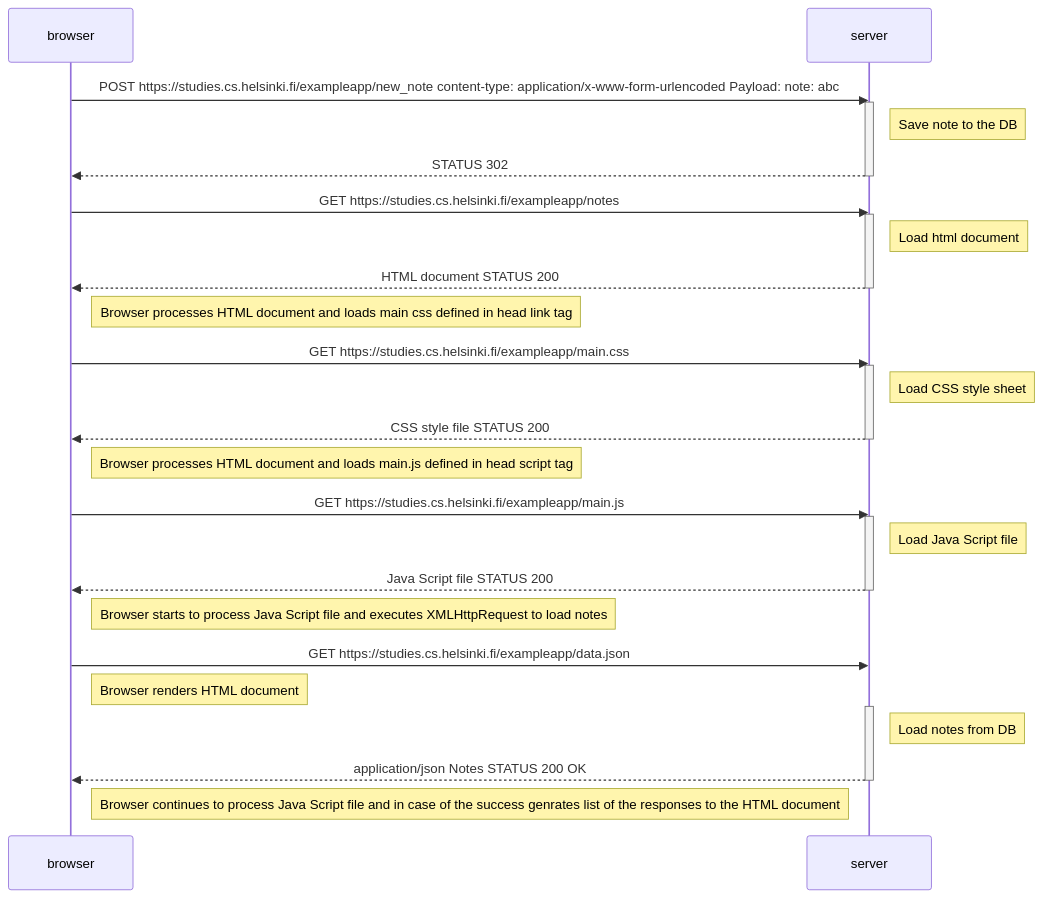
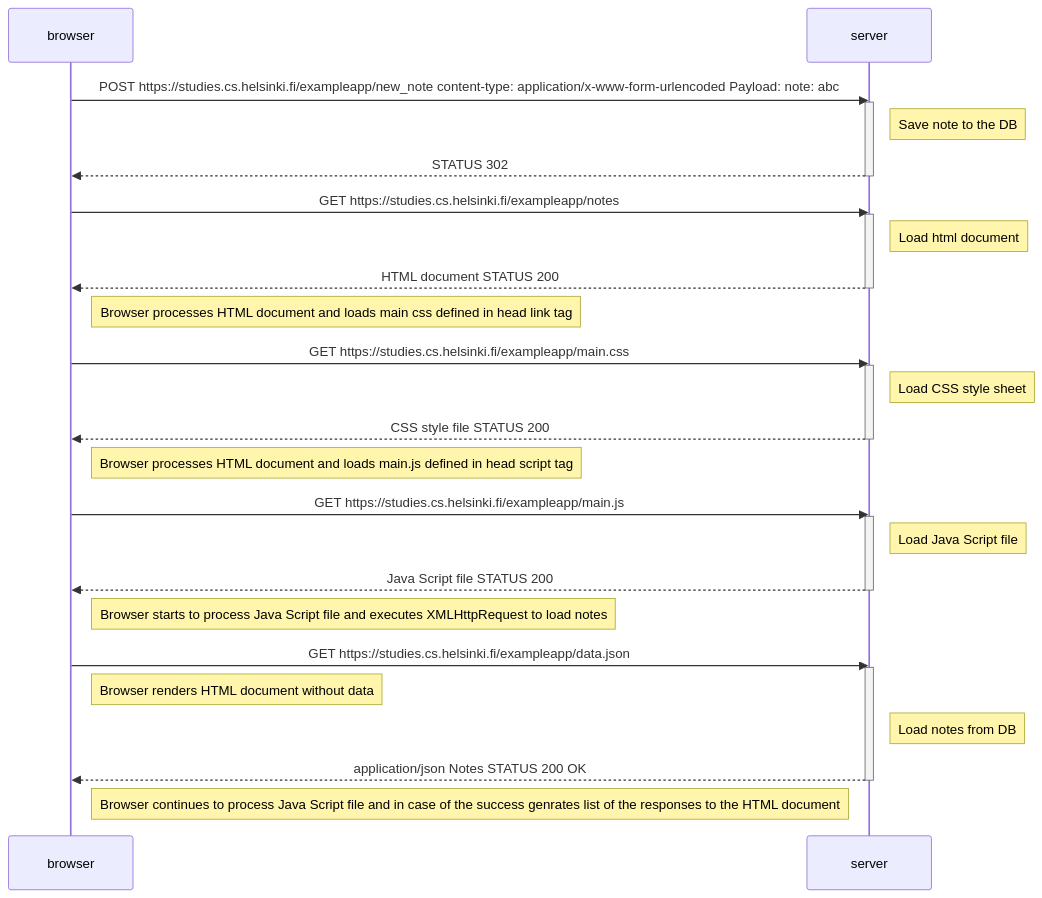
The diagram in part0/exercise-0.4.md (msopanen/fullstackopen), drawn with Mermaid before and after one commit. The commit also changed 1 other file, not shown here.

Commit message:
Improve browser render part
Browser is rendering initial HTML page without data somewhere
meanwhile GET request is started or is ongoing. In any case empty
HTML without data is visible short time while data is loaded.
This is nice way visible if slow 3G throtling is used in browser
devtools network tab to slow down loading speed.

````diff
--- a/part0/exercise-0.4.md
+++ b/part0/exercise-0.4.md
@@ -1,46 +1,46 @@
 ```mermaid
 sequenceDiagram
     participant browser
     participant server
     
     browser->>server: POST https://studies.cs.helsinki.fi/exampleapp/new_note content-type: application/x-www-form-urlencoded Payload: note: abc
     activate server
         Note right of server: Save note to the DB
         server-->>browser: STATUS 302
     deactivate server
     
 
     browser->>server: GET https://studies.cs.helsinki.fi/exampleapp/notes
     activate server
         Note right of server: Load html document
         server-->>browser: HTML document  STATUS 200
     deactivate server
 
     Note right of browser: Browser processes HTML document and loads main css defined in head link tag
 
     browser->>server: GET https://studies.cs.helsinki.fi/exampleapp/main.css
     activate server
         Note right of server: Load CSS style sheet
         server-->>browser: CSS style file  STATUS 200
     deactivate server
 
     Note right of browser: Browser processes HTML document and loads main.js defined in head script tag
 
     browser->>server: GET https://studies.cs.helsinki.fi/exampleapp/main.js
     activate server
         Note right of server: Load Java Script file
         server-->>browser: Java Script file  STATUS 200
     deactivate server
 
     Note right of browser: Browser starts to process Java Script file and executes XMLHttpRequest to load notes
 
         browser->>server: GET https://studies.cs.helsinki.fi/exampleapp/data.json
-    Note right of browser: Browser renders HTML document
     
     activate server
+        Note right of browser: Browser renders HTML document without data
         Note right of server: Load notes from DB
         server-->>browser: application/json Notes  STATUS 200 OK
     deactivate server
     
     Note right of browser: Browser continues to process Java Script file and in case of the success genrates list of the responses to the HTML document
 ```
````
